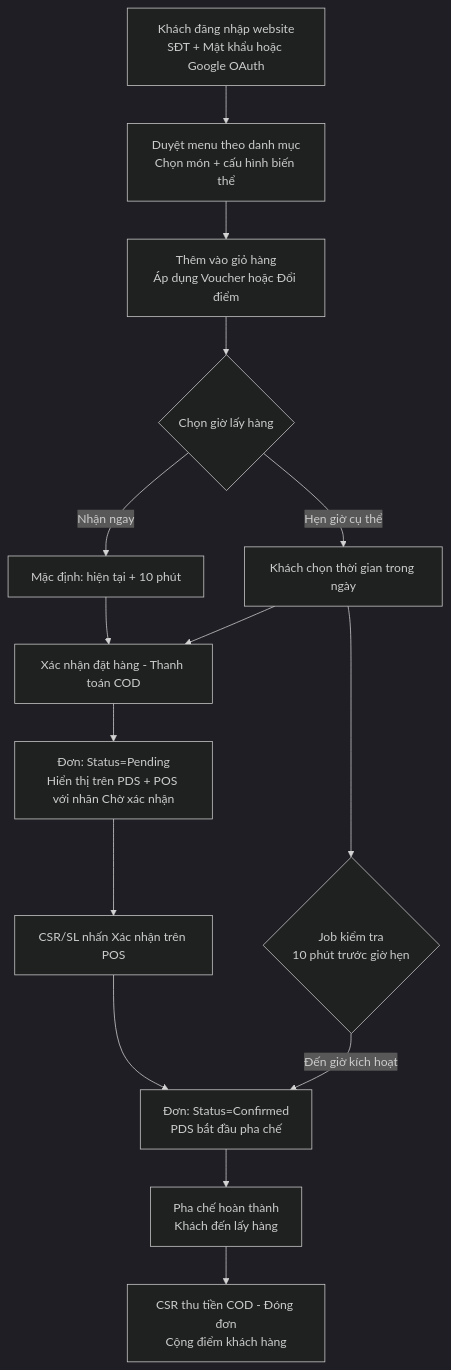
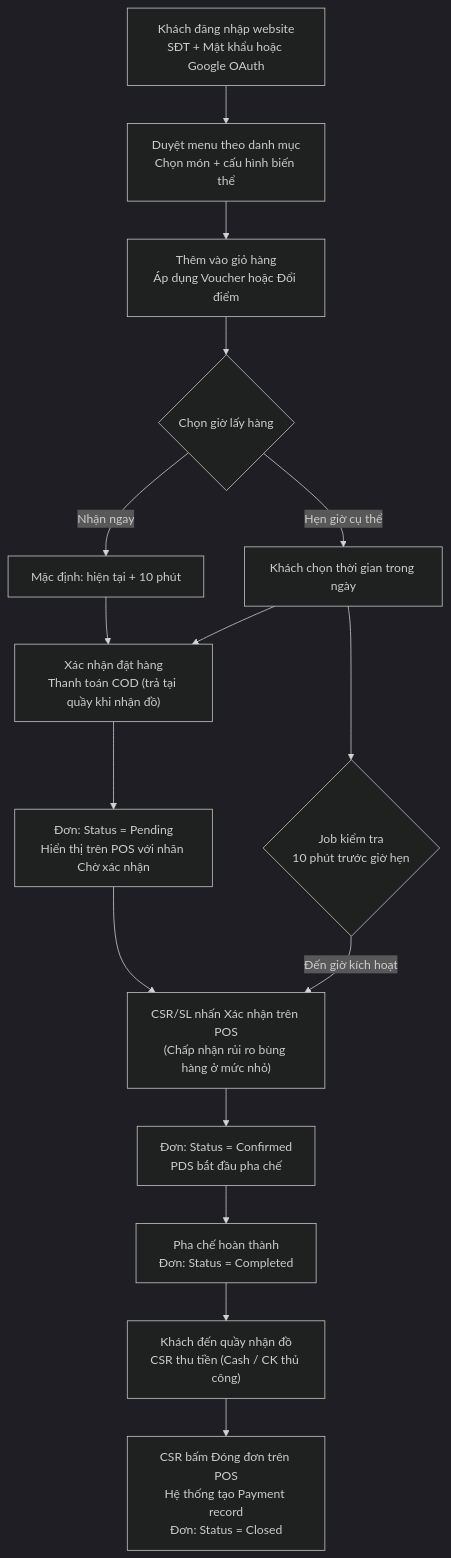
Before and after one commit to Minbeeus/CafePOS-PDS: the second of 8 diagrams in docs/specifications/CafePOS_SRS.md, drawn with Mermaid (dark theme). The commit also changed other lines of this file and 219 other files, not shown here.

````diff
--- a/docs/specifications/CafePOS_SRS.md
+++ b/docs/specifications/CafePOS_SRS.md
@@ -375,16 +463,17 @@
 ```mermaid
 flowchart TD
     A["Khách đăng nhập website\nSĐT + Mật khẩu hoặc Google OAuth"] --> B["Duyệt menu theo danh mục\nChọn món + cấu hình biến thể"]
     B --> C["Thêm vào giỏ hàng\nÁp dụng Voucher hoặc Đổi điểm"]
     C --> D{"Chọn giờ lấy hàng"}
     D -->|Nhận ngay| E["Mặc định: hiện tại + 10 phút"]
     D -->|Hẹn giờ cụ thể| F["Khách chọn thời gian trong ngày"]
-    E & F --> G["Xác nhận đặt hàng - Thanh toán COD"]
-    G --> H["Đơn: Status=Pending\nHiển thị trên PDS + POS với nhãn Chờ xác nhận"]
-    H --> I["CSR/SL nhấn Xác nhận trên POS"]
-    I --> J["Đơn: Status=Confirmed\nPDS bắt đầu pha chế"]
-    J --> K["Pha chế hoàn thành\nKhách đến lấy hàng"]
-    K --> L["CSR thu tiền COD - Đóng đơn\nCộng điểm khách hàng"]
-    F --> M{"Job kiểm tra\n10 phút trước giờ hẹn"}
-    M -->|Đến giờ kích hoạt| J
+    E & F --> G["Xác nhận đặt hàng\nThanh toán COD (trả tại quầy khi nhận đồ)"]
+    G --> H["Đơn: Status = Pending\nHiển thị trên POS với nhãn Chờ xác nhận"]
+    H --> I["CSR/SL nhấn Xác nhận trên POS\n(Chấp nhận rủi ro bùng hàng ở mức nhỏ)"]
+    I --> J["Đơn: Status = Confirmed\nPDS bắt đầu pha chế"]
+    J --> K["Pha chế hoàn thành\nĐơn: Status = Completed"]
+    K --> L["Khách đến quầy nhận đồ\nCSR thu tiền (Cash / CK thủ công)"]
+    L --> M["CSR bấm Đóng đơn trên POS\nHệ thống tạo Payment record\nĐơn: Status = Closed"]
+    F --> N{"Job kiểm tra\n10 phút trước giờ hẹn"}
+    N -->|Đến giờ kích hoạt| I
 ```
````
